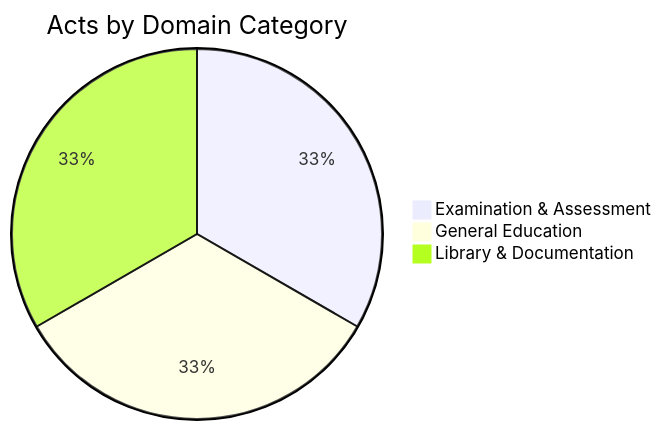
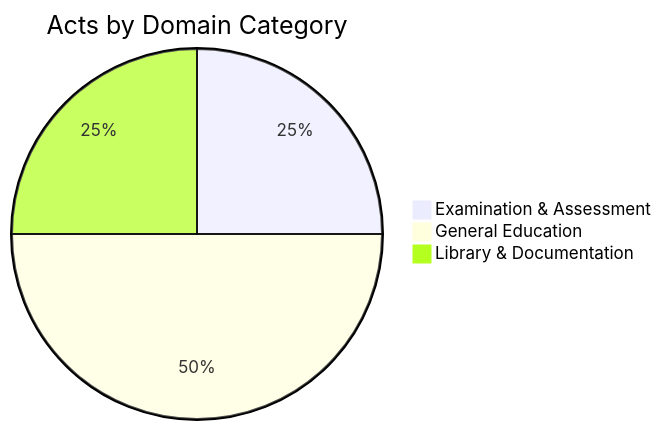
One commit to LDFLK/research changed the diagram in docs/docs/ministry-deep-dive/education/education-ministry.mdx. Above: the diagram before and after it, drawn with Mermaid. The commit also changed other lines of this file and 9 other files, not shown here.

````diff
--- a/docs/docs/ministry-deep-dive/education/education-ministry.mdx
+++ b/docs/docs/ministry-deep-dive/education/education-ministry.mdx
@@ -19,6 +19,6 @@
 ```mermaid
 pie title Acts by Domain Category
     "Examination & Assessment" : 1
-    "General Education" : 1
+    "General Education" : 2
     "Library & Documentation" : 1
 ```
````
